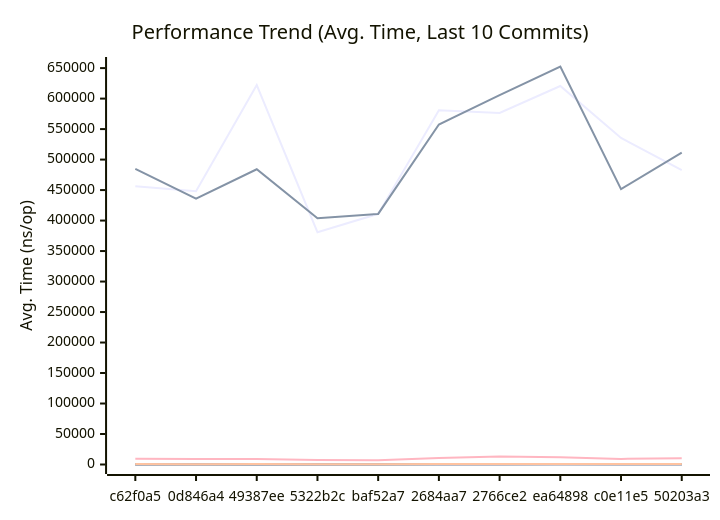
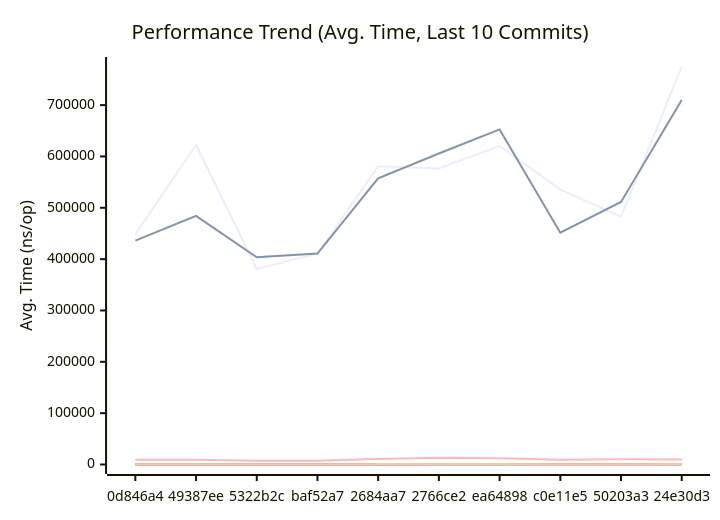
The first of 3 diagrams in docs/PERFORMANCE.md (alsotoes/momo), drawn with Mermaid before and after one commit. The commit also changed other lines of this file and 3 other files, not shown here.

````diff
--- a/docs/PERFORMANCE.md
+++ b/docs/PERFORMANCE.md
@@ -145,20 +145,20 @@
 ```mermaid
 xychart-beta
     title "Performance Trend (Avg. Time, Last 10 Commits)"
     x-axis "Commit"
     y-axis "Avg. Time (ns/op)"
-    x-axis [c62f0a5,0d846a4,49387ee,5322b2c,baf52a7,2684aa7,2766ce2,ea64898,c0e11e5,50203a3]
-    line "AWSChunkedReaderSigned" [456452,448270,622202,380899,410944,580705,576464,620631,535526,482680]
-    line "AWSChunkedReaderUnsigned" [484613,436099,484134,403705,410907,557512,605728,652637,451534,511362]
-    line "CheckMetricsAndSwap" [9,10,8,9,7,10,11,10,9,10]
-    line "CrushOptimized" [360,384,403,296,264,368,415,420,335,311]
-    line "CrushOriginal" [539,442,474,375,370,598,664,874,456,584]
-    line "IndexDirectTracking" [0,0,0,0,0,0,0,0,1,0]
-    line "IndexSearch" [3,3,3,3,3,3,4,3,3,3]
-    line "LoadGlobalConfig" [9246,9136,9150,7234,7096,10842,13042,12014,9184,10419]
-    line "PadString" [48,50,48,35,34,55,63,56,46,48]
+    x-axis [0d846a4,49387ee,5322b2c,baf52a7,2684aa7,2766ce2,ea64898,c0e11e5,50203a3,24e30d3]
+    line "AWSChunkedReaderSigned" [448270,622202,380899,410944,580705,576464,620631,535526,482680,775197]
+    line "AWSChunkedReaderUnsigned" [436099,484134,403705,410907,557512,605728,652637,451534,511362,709921]
+    line "CheckMetricsAndSwap" [10,8,9,7,10,11,10,9,10,9]
+    line "CrushOptimized" [384,403,296,264,368,415,420,335,311,403]
+    line "CrushOriginal" [442,474,375,370,598,664,874,456,584,546]
+    line "IndexDirectTracking" [0,0,0,0,0,0,0,1,0,0]
+    line "IndexSearch" [3,3,3,3,3,4,3,3,3,3]
+    line "LoadGlobalConfig" [9136,9150,7234,7096,10842,13042,12014,9184,10419,9722]
+    line "PadString" [50,48,35,34,55,63,56,46,48,53]
     line "ParseReplicationOrder_NoPrealloc" [350,349,357,354,345,225,229,165,232,234]
     line "ParseReplicationOrder_Prealloc" [229,231,237,234,229,108,107,80,110,109]
-    line "SanitizeLog/Safe" [510,430,543,398,379,530,569,614,504,554]
-    line "SanitizeLog/Unsafe" [625,542,680,482,537,734,816,804,636,638]
+    line "SanitizeLog/Safe" [430,543,398,379,530,569,614,504,554,457]
+    line "SanitizeLog/Unsafe" [542,680,482,537,734,816,804,636,638,832]
 ```
````
